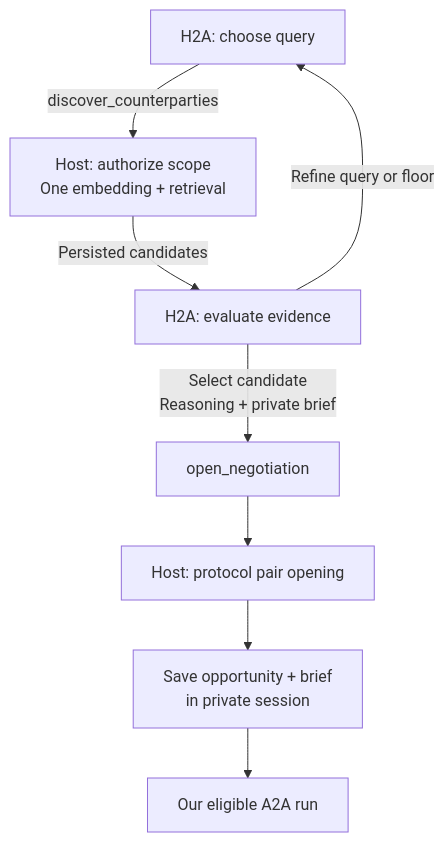
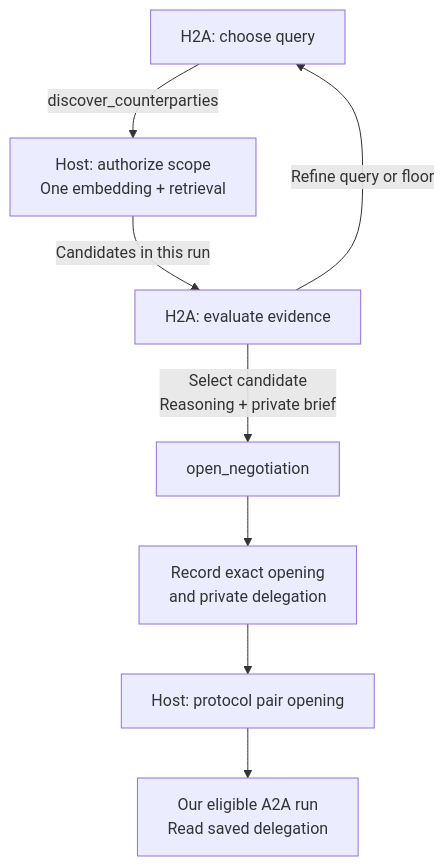
One commit to indexnetwork/index changed the first of 2 diagrams in docs/agent-enhancement/discovery.md. Above: the diagram before and after it, drawn with Mermaid. The commit also changed other lines of this file and 9 other files, not shown here.

````diff
--- a/docs/agent-enhancement/discovery.md
+++ b/docs/agent-enhancement/discovery.md
@@ -37,10 +38,10 @@
 ```mermaid
 flowchart TD
     H["H2A: choose query"] -->|"discover_counterparties"| R["Host: authorize scope<br/>One embedding + retrieval"]
-    R -->|"Persisted candidates"| E["H2A: evaluate evidence"]
+    R -->|"Candidates in this run"| E["H2A: evaluate evidence"]
     E -->|"Refine query or floor"| H
     E -->|"Select candidate<br/>Reasoning + private brief"| O["open_negotiation"]
-    O --> P["Host: protocol pair opening"]
-    P --> B["Save opportunity + brief<br/>in private session"]
-    B --> A["Our eligible A2A run"]
+    O --> B["Record exact opening<br/>and private delegation"]
+    B --> P["Host: protocol pair opening"]
+    P --> A["Our eligible A2A run<br/>Read saved delegation"]
 ```
````
